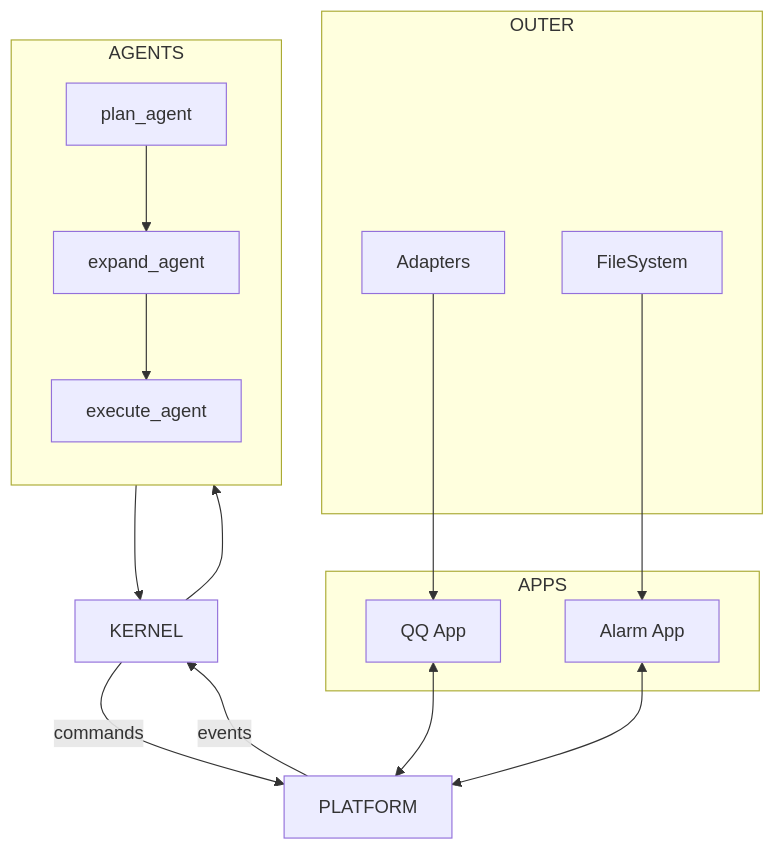
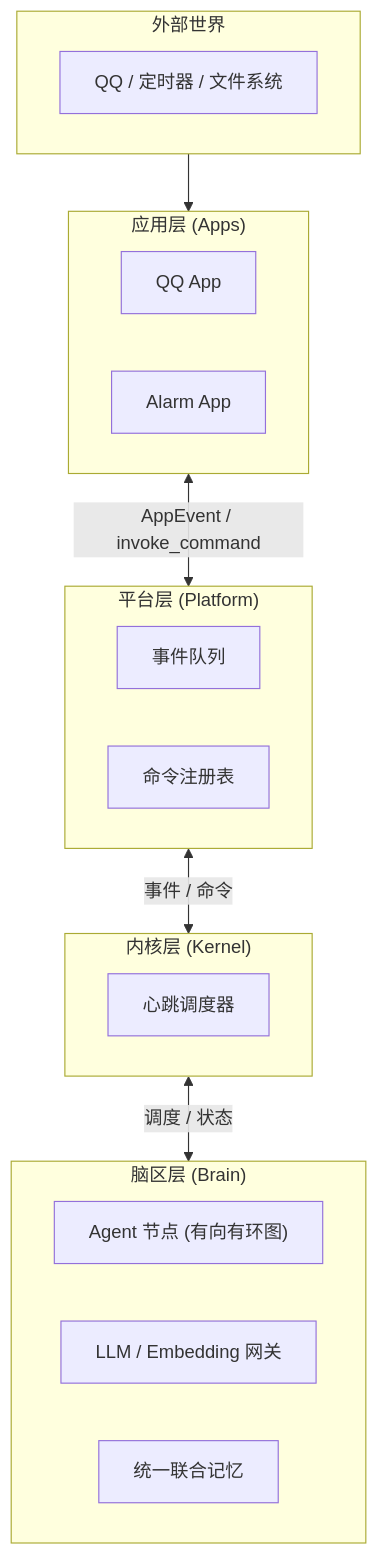
One commit to JuFireX/AuroraBot changed the diagram in docs/architecture/system-overview.md. Above: the diagram before and after it, drawn with Mermaid. The commit also changed other lines of this file and 19 other files, not shown here.

````diff
--- a/docs/architecture/system-overview.md
+++ b/docs/architecture/system-overview.md
@@ -30,34 +32,32 @@
 ```mermaid
 flowchart TB
-    subgraph OUTER
-        Adapters
-        FileSystem
+    subgraph OUTER["外部世界"]
+        Adapters["QQ / 定时器 / 文件系统"]
     end
 
-    subgraph APPS
-      APP_QQ["QQ App"]
-      APP_ALARM["Alarm App"]
+    subgraph APPS["应用层 (Apps)"]
+        APP_QQ["QQ App"]
+        APP_ALARM["Alarm App"]
     end
 
-    PLATFORM --> |events| KERNEL
-    KERNEL --> |commands| PLATFORM
-
-    subgraph AGENTS
-      direction TB
-      plan_agent --> expand_agent --> execute_agent
+    subgraph PLATFORM["平台层 (Platform)"]
+        EVENTS["事件队列"]
+        CMDS["命令注册表"]
     end
 
+    subgraph KERNEL["内核层 (Kernel)"]
+        SCHEDULER["心跳调度器"]
+    end
 
+    subgraph BRAIN["脑区层 (Brain)"]
+        direction LR
+        NODES["Agent 节点 (有向有环图)"]
+        GATEWAYS["LLM / Embedding 网关"]
+        MEMORY["统一联合记忆"]
+    end
 
-    Adapters --> APP_QQ
-    FileSystem --> APP_ALARM
-
-    APP_QQ <--> PLATFORM
-
-    APP_ALARM <--> PLATFORM
-
-    KERNEL --> plan_agent
-    execute_agent --> KERNEL
-
-
+    OUTER --> APPS
+    APPS <-->|AppEvent / invoke_command| PLATFORM
+    PLATFORM <-->|事件 / 命令| KERNEL
+    KERNEL <-->|调度 / 状态| BRAIN
 ```
````
